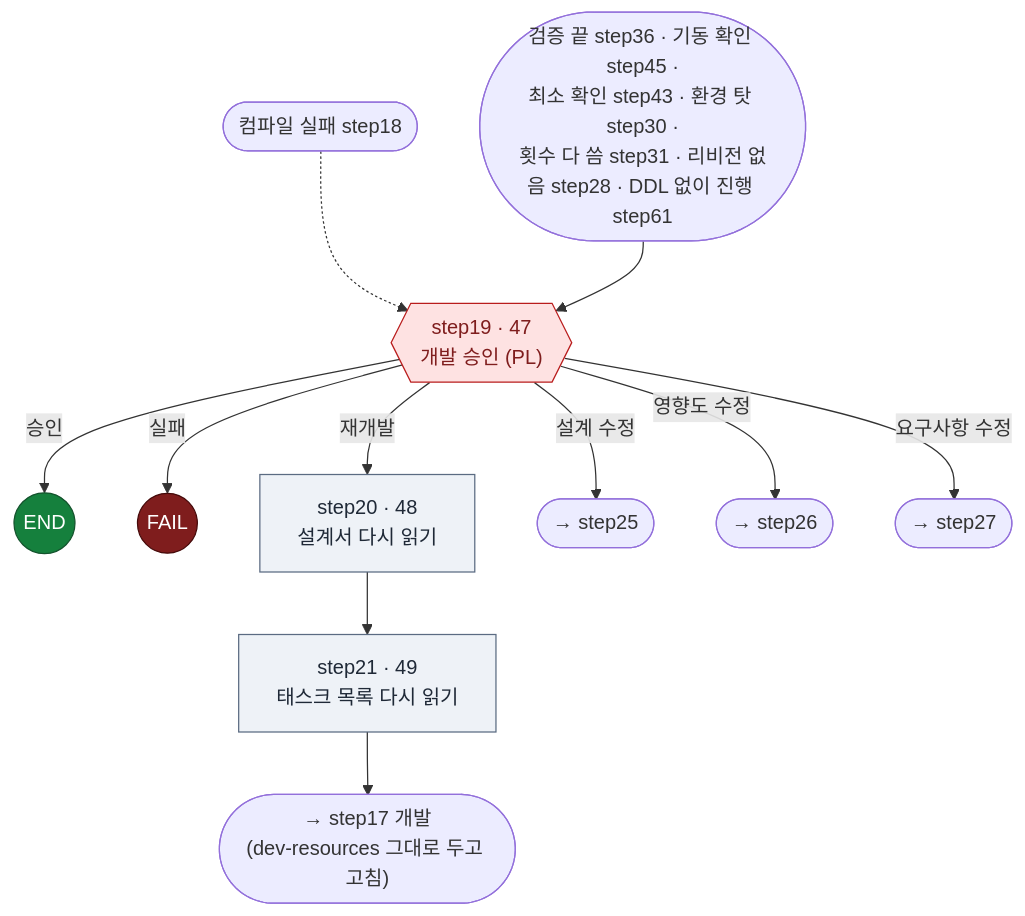
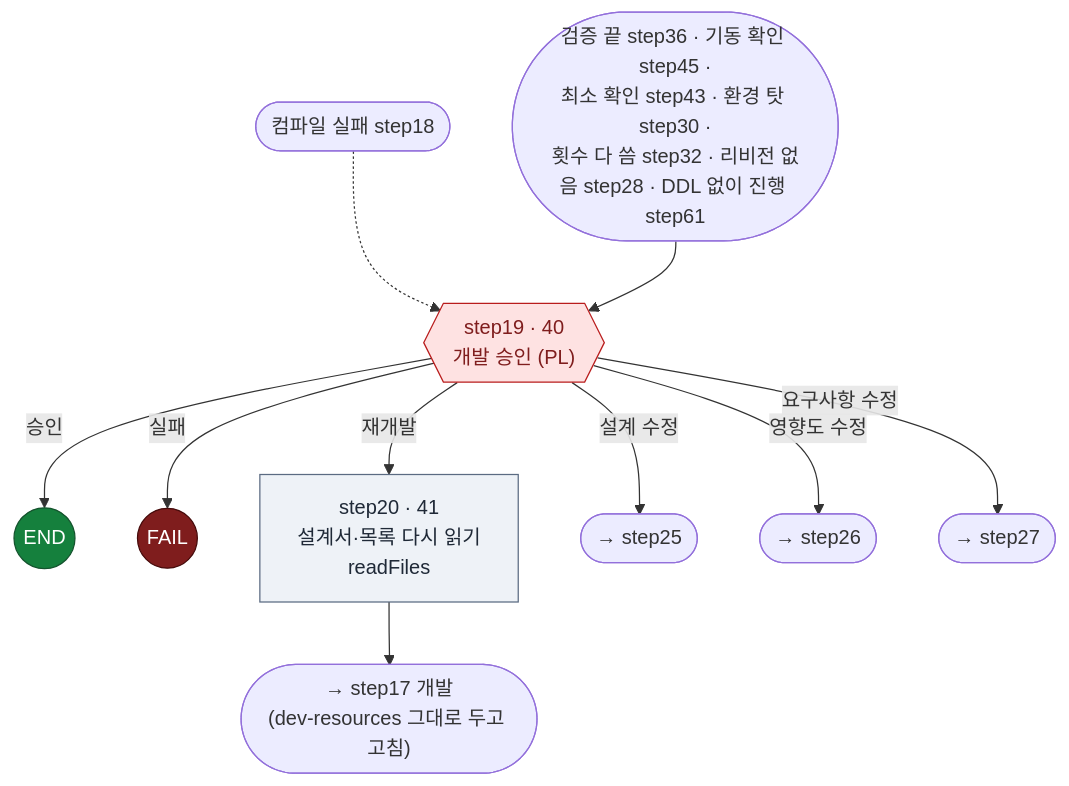
One commit to YongSoekChoeng/dstone changed diagram 17 of 24 in docs/09.dstone-ai-engine-sm-workflow.md. Above: the diagram before and after it, drawn with Mermaid. The commit also changed other lines of this file and 26 other files, not shown here.

````diff
--- a/docs/09.dstone-ai-engine-sm-workflow.md
+++ b/docs/09.dstone-ai-engine-sm-workflow.md
@@ -1363,20 +1297,19 @@
 ```mermaid
 flowchart TD
     IN1(["컴파일 실패 step18"]) -.-> step19
-    IN2(["검증 끝 step36 · 기동 확인 step45 ·<br/>최소 확인 step43 · 환경 탓 step30 ·<br/>횟수 다 씀 step31 · 리비전 없음 step28 · DDL 없이 진행 step61"]) --> step19
-    step19{{"step19 · 47<br/>개발 승인 (PL)"}}:::appr
+    IN2(["검증 끝 step36 · 기동 확인 step45 ·<br/>최소 확인 step43 · 환경 탓 step30 ·<br/>횟수 다 씀 step32 · 리비전 없음 step28 · DDL 없이 진행 step61"]) --> step19
+    step19{{"step19 · 40<br/>개발 승인 (PL)"}}:::appr
     step19 -->|승인| END((END)):::fin
     step19 -->|실패| FAIL((FAIL)):::bad
-    step19 -->|재개발| step20["step20 · 48<br/>설계서 다시 읽기"]:::tool
-    step20 --> step21["step21 · 49<br/>태스크 목록 다시 읽기"]:::tool
-    step21 --> step17(["→ step17 개발<br/>(dev-resources 그대로 두고 고침)"])
+    step19 -->|재개발| step20["step20 · 41<br/>설계서·목록 다시 읽기<br/>readFiles"]:::tool
+    step20 --> step17(["→ step17 개발<br/>(dev-resources 그대로 두고 고침)"])
     step19 -->|설계 수정| S25(["→ step25"])
     step19 -->|영향도 수정| S26(["→ step26"])
     step19 -->|요구사항 수정| S27(["→ step27"])
 
     classDef tool fill:#eef2f7,stroke:#5b6b82,color:#1f2937
     classDef agent fill:#dcfce7,stroke:#15803d,color:#14532d
     classDef appr fill:#fee2e2,stroke:#b91c1c,color:#7f1d1d
     classDef fin fill:#15803d,stroke:#14532d,color:#ffffff
     classDef bad fill:#7f1d1d,stroke:#450a0a,color:#ffffff
 ```
````
